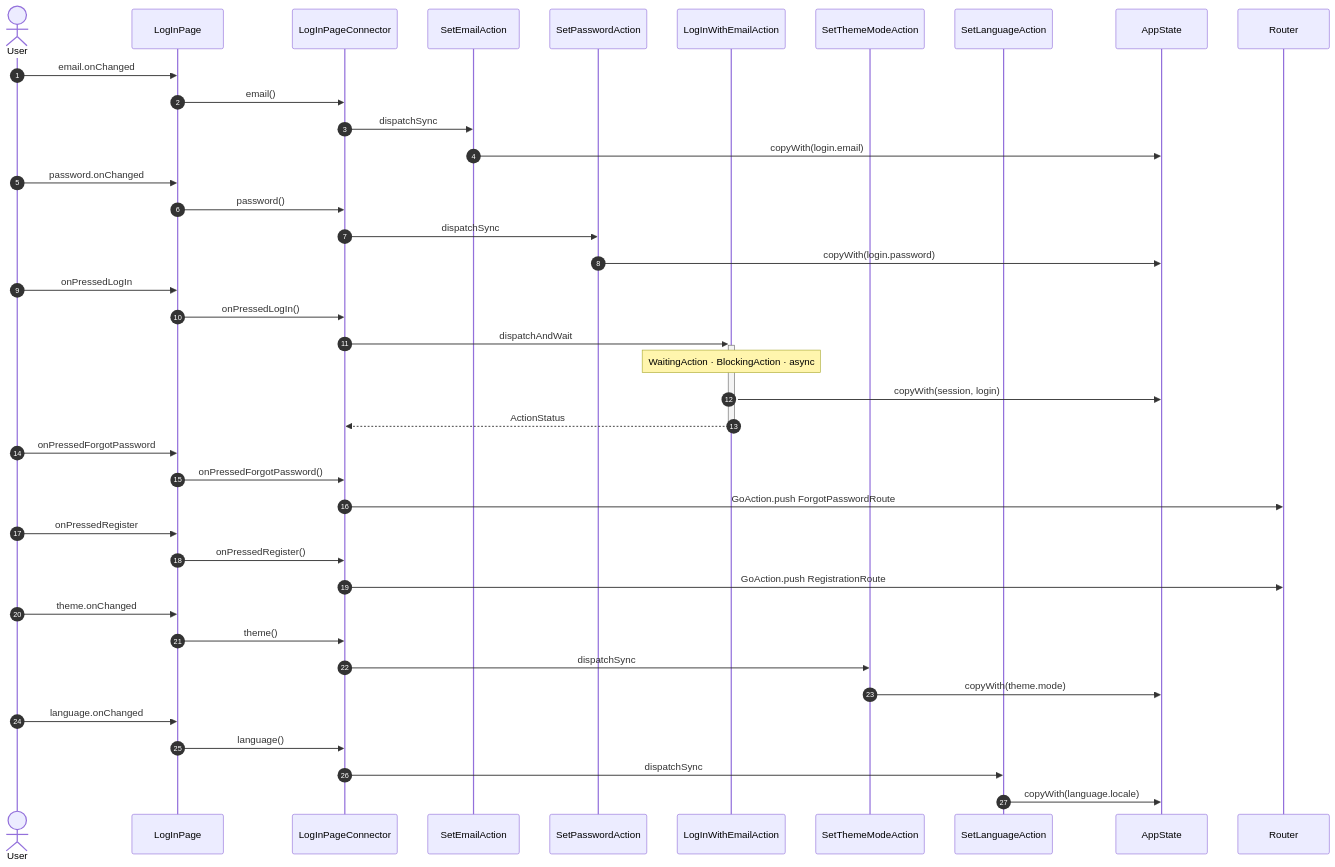
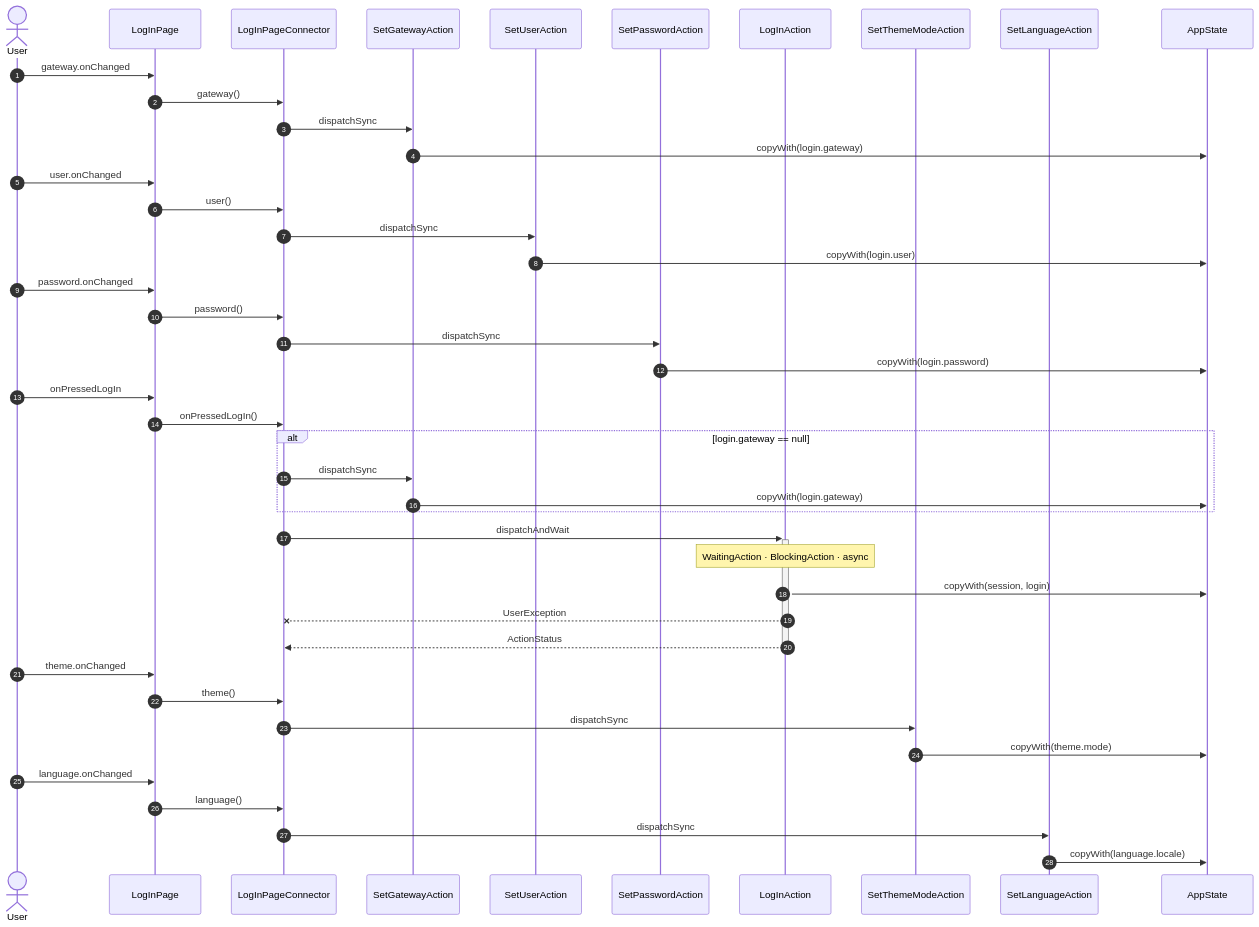
Before and after one commit to gencto/wyrm: the diagram in studio/docs/flows/logIn.md, drawn with Mermaid. The commit also changed other lines of this file and 59 other files, not shown here.

First line of the commit message:
studio: phase 1, log in through the gateway

````diff
--- a/studio/docs/flows/logIn.md
+++ b/studio/docs/flows/logIn.md
@@ -7,49 +7,51 @@
 ```mermaid
 sequenceDiagram
     autonumber
     actor User
     participant UI as LogInPage
     participant VM as LogInPageConnector
-    participant A1 as SetEmailAction
-    participant A2 as SetPasswordAction
-    participant A3 as LogInWithEmailAction
-    participant A4 as SetThemeModeAction
-    participant A5 as SetLanguageAction
+    participant A1 as SetGatewayAction
+    participant A2 as SetUserAction
+    participant A3 as SetPasswordAction
+    participant A4 as LogInAction
+    participant A5 as SetThemeModeAction
+    participant A6 as SetLanguageAction
     participant ST as AppState
-    participant NAV as Router
 
-    User->>UI: email.onChanged
-    UI->>VM: email()
+    User->>UI: gateway.onChanged
+    UI->>VM: gateway()
     VM->>A1: dispatchSync
-    A1->>ST: copyWith(login.email)
+    A1->>ST: copyWith(login.gateway)
+
+    User->>UI: user.onChanged
+    UI->>VM: user()
+    VM->>A2: dispatchSync
+    A2->>ST: copyWith(login.user)
 
     User->>UI: password.onChanged
     UI->>VM: password()
-    VM->>A2: dispatchSync
-    A2->>ST: copyWith(login.password)
+    VM->>A3: dispatchSync
+    A3->>ST: copyWith(login.password)
 
     User->>UI: onPressedLogIn
     UI->>VM: onPressedLogIn()
-    VM->>+A3: dispatchAndWait
-    Note over A3: WaitingAction · BlockingAction · async
-    A3->>ST: copyWith(session, login)
-    A3-->>-VM: ActionStatus
-
-    User->>UI: onPressedForgotPassword
-    UI->>VM: onPressedForgotPassword()
-    VM->>NAV: GoAction.push ForgotPasswordRoute
-
-    User->>UI: onPressedRegister
-    UI->>VM: onPressedRegister()
-    VM->>NAV: GoAction.push RegistrationRoute
+    alt login.gateway == null
+        VM->>A1: dispatchSync
+        A1->>ST: copyWith(login.gateway)
+    end
+    VM->>+A4: dispatchAndWait
+    Note over A4: WaitingAction · BlockingAction · async
+    A4->>ST: copyWith(session, login)
+    A4--xVM: UserException
+    A4-->>-VM: ActionStatus
 
     User->>UI: theme.onChanged
     UI->>VM: theme()
-    VM->>A4: dispatchSync
-    A4->>ST: copyWith(theme.mode)
+    VM->>A5: dispatchSync
+    A5->>ST: copyWith(theme.mode)
 
     User->>UI: language.onChanged
     UI->>VM: language()
-    VM->>A5: dispatchSync
-    A5->>ST: copyWith(language.locale)
+    VM->>A6: dispatchSync
+    A6->>ST: copyWith(language.locale)
 ```
````
